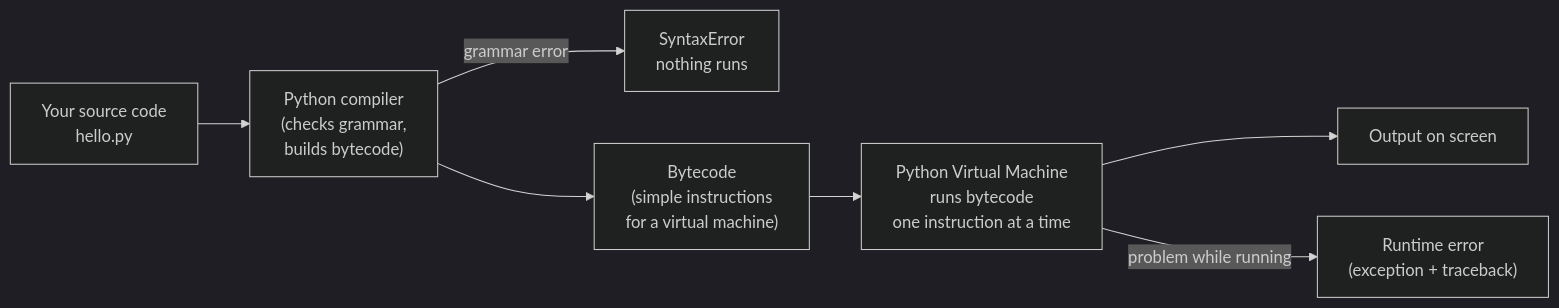
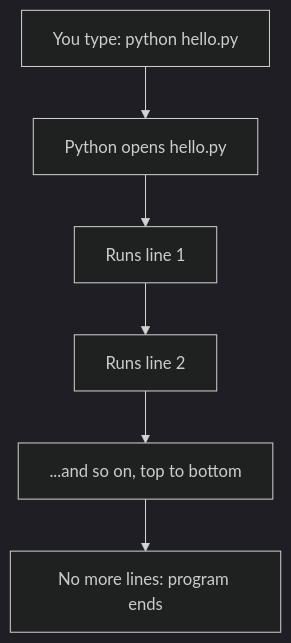
The diagram in Python-Module/Lectures/Lecture-01-Introduction-to-Programming-and-Python.md (0x14117/cs-degree-2026-2029), drawn with Mermaid (dark theme) before and after one commit. The commit also changed other lines of this file and 60 other files, not shown here.

First line of the commit message:
Python-Module: rewrite Days 1-2 in plain English, one skill per lab; add Day 3

````diff
--- a/Python-Module/Lectures/Lecture-01-Introduction-to-Programming-and-Python.md
+++ b/Python-Module/Lectures/Lecture-01-Introduction-to-Programming-and-Python.md
@@ -121,9 +442,8 @@
 ```mermaid
-flowchart LR
-    A["Your source code<br/>hello.py"] --> B["Python compiler<br/>(checks grammar,<br/>builds bytecode)"]
-    B -->|grammar error| E["SyntaxError<br/>nothing runs"]
-    B --> C["Bytecode<br/>(simple instructions<br/>for a virtual machine)"]
-    C --> D["Python Virtual Machine<br/>runs bytecode<br/>one instruction at a time"]
-    D --> F["Output on screen"]
-    D -->|problem while running| G["Runtime error<br/>(exception + traceback)"]
+flowchart TD
+    A["You type: python hello.py"] --> B["Python opens hello.py"]
+    B --> C["Runs line 1"]
+    C --> D["Runs line 2"]
+    D --> E["...and so on, top to bottom"]
+    E --> F["No more lines: program ends"]
 ```
````
